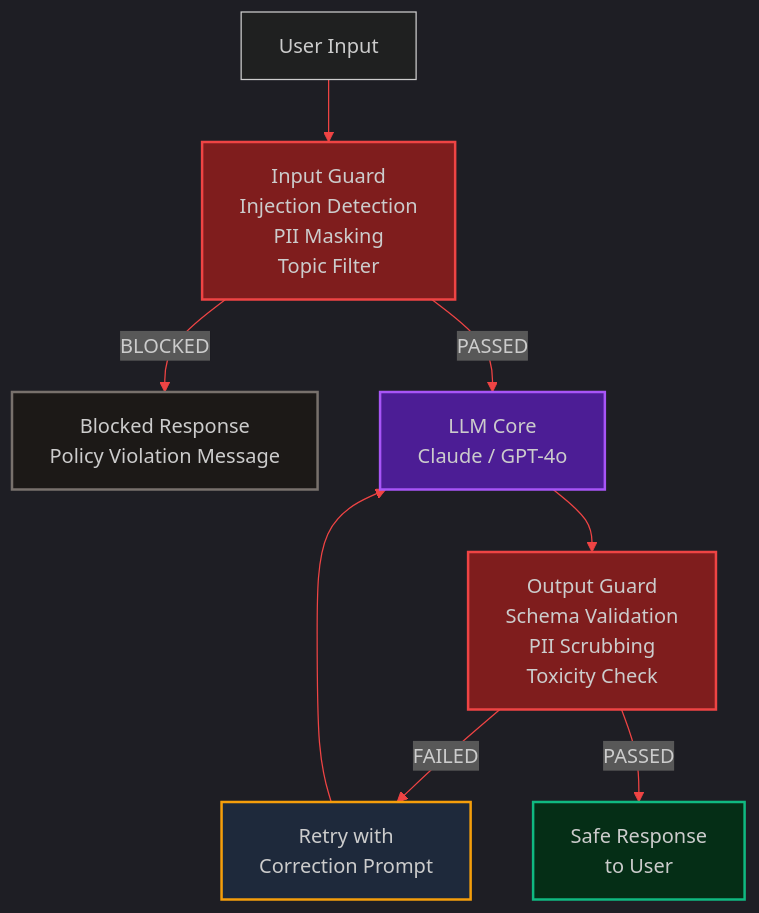
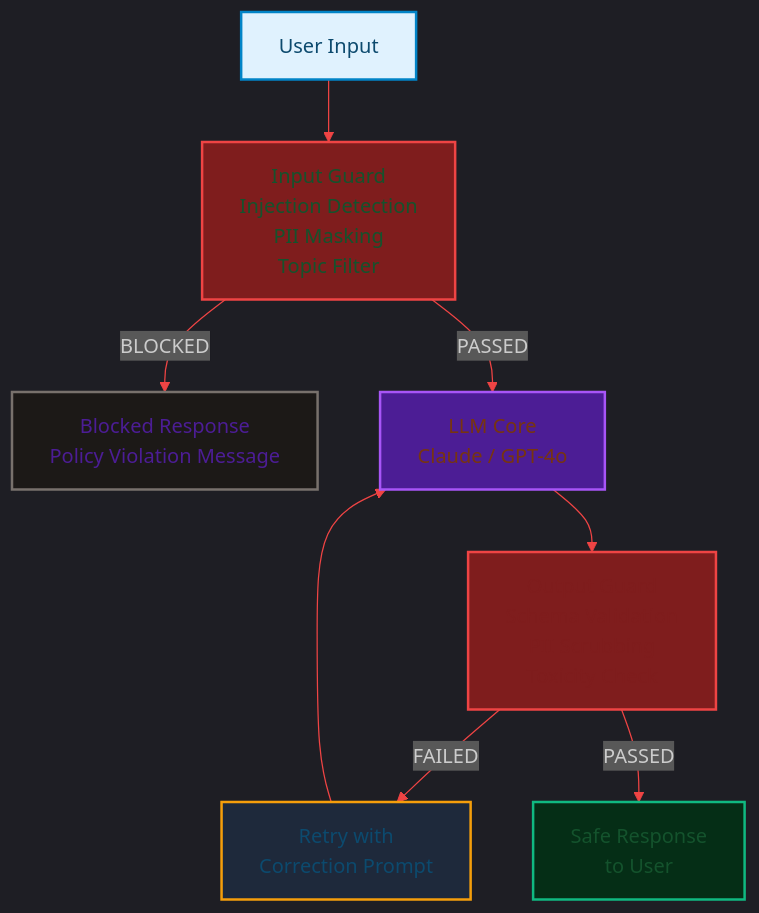
The diagram in blog/posts/guardrails-input-output-validation.md (akmalkhaniub/akmalkhaniub.github.io), drawn with Mermaid before and after one commit. The commit also changed other lines of this file and 1291 other files, not shown here.

First line of the commit message:
feat(catalog): unique covers, scholarly references, and diagram palettes

````diff
--- a/blog/posts/guardrails-input-output-validation.md
+++ b/blog/posts/guardrails-input-output-validation.md
@@ -22,21 +22,32 @@
 ```mermaid
 %%{init: {'theme': 'dark', 'themeVariables': { 'primaryColor': '#ef4444', 'primaryTextColor': '#f3f4f6', 'primaryBorderColor': '#f87171', 'lineColor': '#ef4444', 'secondaryColor': '#111827', 'tertiaryColor': '#0f172a'}}}%%
 flowchart TD
-    U[User Input] --> IG[ Input Guard<br/>Injection Detection<br/>PII Masking<br/>Topic Filter]
+    U["User Input"] --> IG[" Input Guard<br/>Injection Detection<br/>PII Masking<br/>Topic Filter"]
     
-    IG -->|BLOCKED| BR[ Blocked Response<br/>Policy Violation Message]
-    IG -->|PASSED| LLM[ LLM Core<br/>Claude / GPT-4o]
+    IG -->|BLOCKED| BR[" Blocked Response<br/>Policy Violation Message"]
+    IG -->|PASSED| LLM[" LLM Core<br/>Claude / GPT-4o"]
     
-    LLM --> OG[ Output Guard<br/>Schema Validation<br/>PII Scrubbing<br/>Toxicity Check]
+    LLM --> OG[" Output Guard<br/>Schema Validation<br/>PII Scrubbing<br/>Toxicity Check"]
     
-    OG -->|FAILED| RE[ Retry with<br/>Correction Prompt]
+    OG -->|FAILED| RE[" Retry with<br/>Correction Prompt"]
     RE --> LLM
-    OG -->|PASSED| FO[ Safe Response<br/>to User]
+    OG -->|PASSED| FO[" Safe Response<br/>to User"]
 
     style IG fill:#7f1d1d,stroke:#ef4444,stroke-width:2px
     style OG fill:#7f1d1d,stroke:#ef4444,stroke-width:2px
     style LLM fill:#4c1d95,stroke:#a855f7,stroke-width:2px
     style BR fill:#1c1917,stroke:#78716c,stroke-width:2px
     style RE fill:#1e293b,stroke:#f59e0b,stroke-width:2px
     style FO fill:#052e16,stroke:#10b981,stroke-width:2px
+
+classDef green fill:#dcfce7,stroke:#16a34a,stroke-width:2px,color:#14532d;
+classDef red fill:#fee2e2,stroke:#dc2626,stroke-width:2px,color:#7f1d1d;
+classDef blue fill:#e0f2fe,stroke:#0284c7,stroke-width:2px,color:#0c4a6e;
+classDef yellow fill:#fef3c7,stroke:#d97706,stroke-width:2px,color:#78350f;
+classDef purple fill:#ede9fe,stroke:#7c3aed,stroke-width:2px,color:#4c1d95;
+class U,RE blue
+class IG,FO green
+class BR purple
+class LLM yellow
+class OG red
 ```
````
